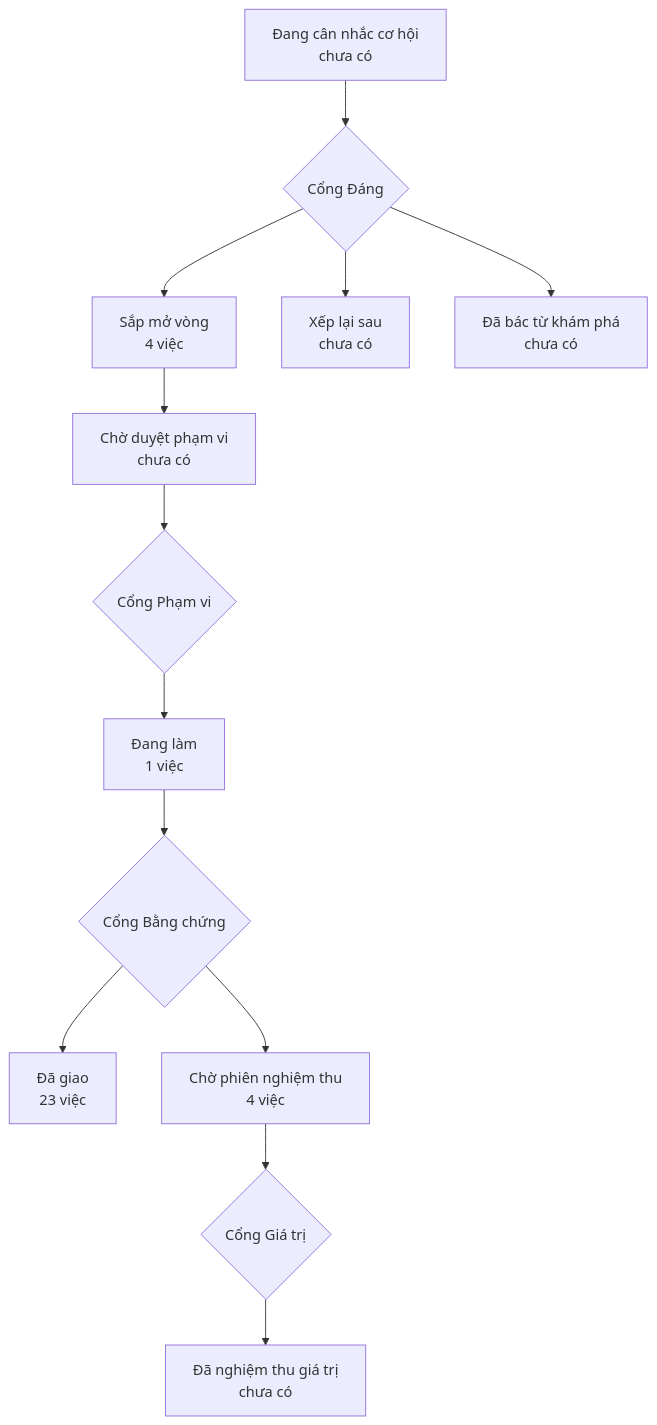
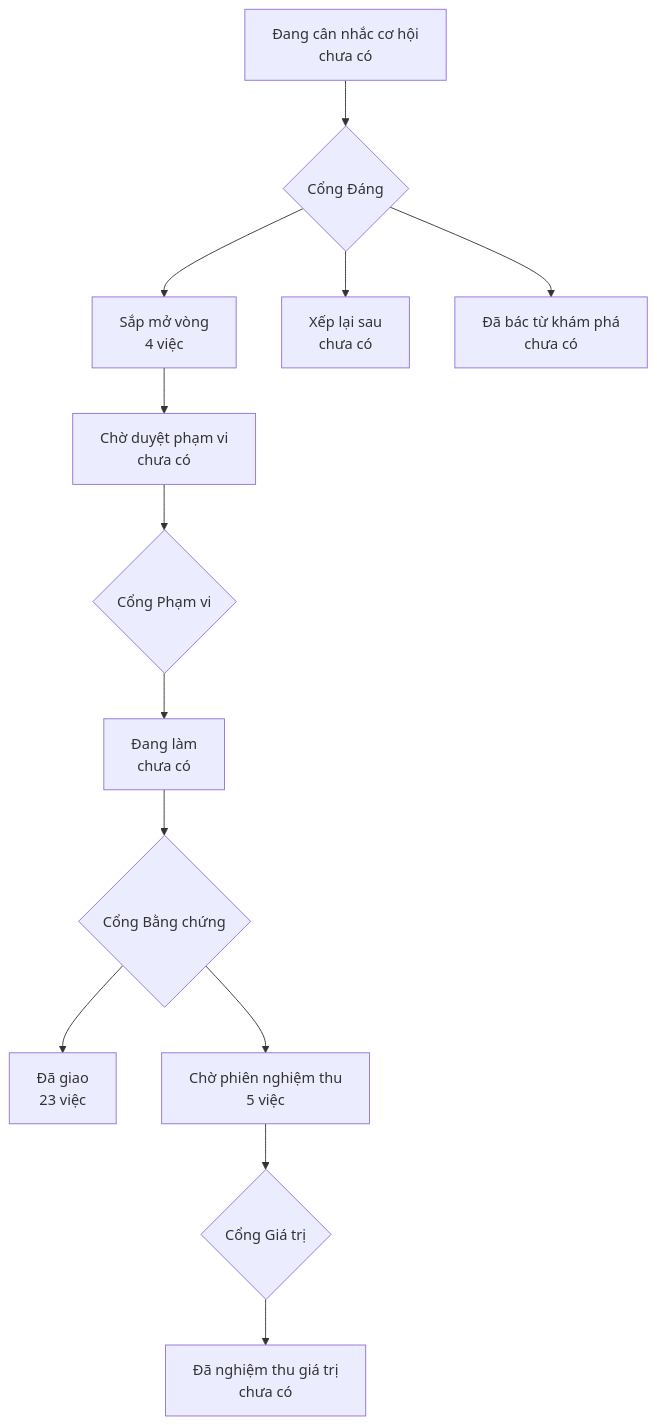
Before and after one commit to phanlemanh/onehub-invest: the diagram in PRODUCT-MAP.md, drawn with Mermaid. The commit also changed other lines of this file and 4 other files, not shown here.

````diff
--- a/PRODUCT-MAP.md
+++ b/PRODUCT-MAP.md
@@ -7,12 +7,12 @@
 ```mermaid
 flowchart TD
   A["Đang cân nhắc cơ hội<br/>chưa có"] --> GD{"Cổng Đáng"}
   GD --> B["Sắp mở vòng<br/>4 việc"]
   GD --> XL["Xếp lại sau<br/>chưa có"]
   GD --> DB["Đã bác từ khám phá<br/>chưa có"]
   B --> CD["Chờ duyệt phạm vi<br/>chưa có"] --> GP{"Cổng Phạm vi"}
-  GP --> DL["Đang làm<br/>1 việc"] --> GB{"Cổng Bằng chứng"}
+  GP --> DL["Đang làm<br/>chưa có"] --> GB{"Cổng Bằng chứng"}
   GB --> DG["Đã giao<br/>23 việc"]
-  GB --> CN["Chờ phiên nghiệm thu<br/>4 việc"] --> GG{"Cổng Giá trị"}
+  GB --> CN["Chờ phiên nghiệm thu<br/>5 việc"] --> GG{"Cổng Giá trị"}
   GG --> NT["Đã nghiệm thu giá trị<br/>chưa có"]
 ```
````
